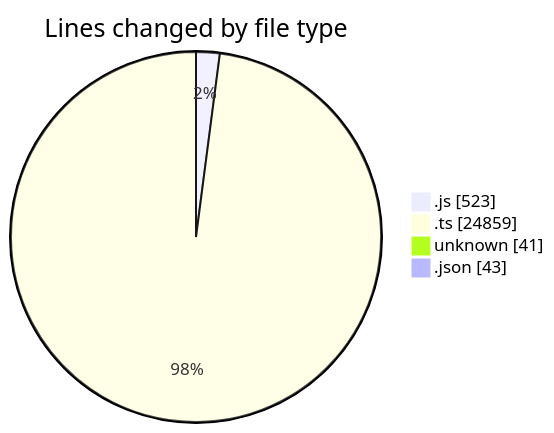
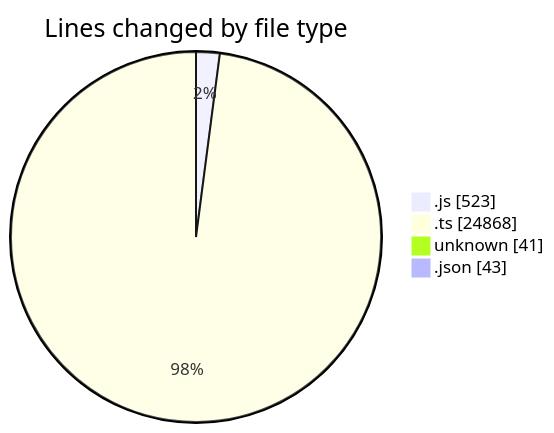
The first of 2 diagrams in 2025-08-15/cda/README.md (momahboobian/code-tracking), drawn with Mermaid before and after one commit. The commit also changed other lines of this file and 1 other file, not shown here.

````diff
--- a/2025-08-15/cda/README.md
+++ b/2025-08-15/cda/README.md
@@ -31,8 +31,8 @@
 ```mermaid
 pie showData
 title Lines changed by file type
 ".js" : 523
-".ts" : 24859
+".ts" : 24868
 "unknown" : 41
 ".json" : 43
 ```
````
